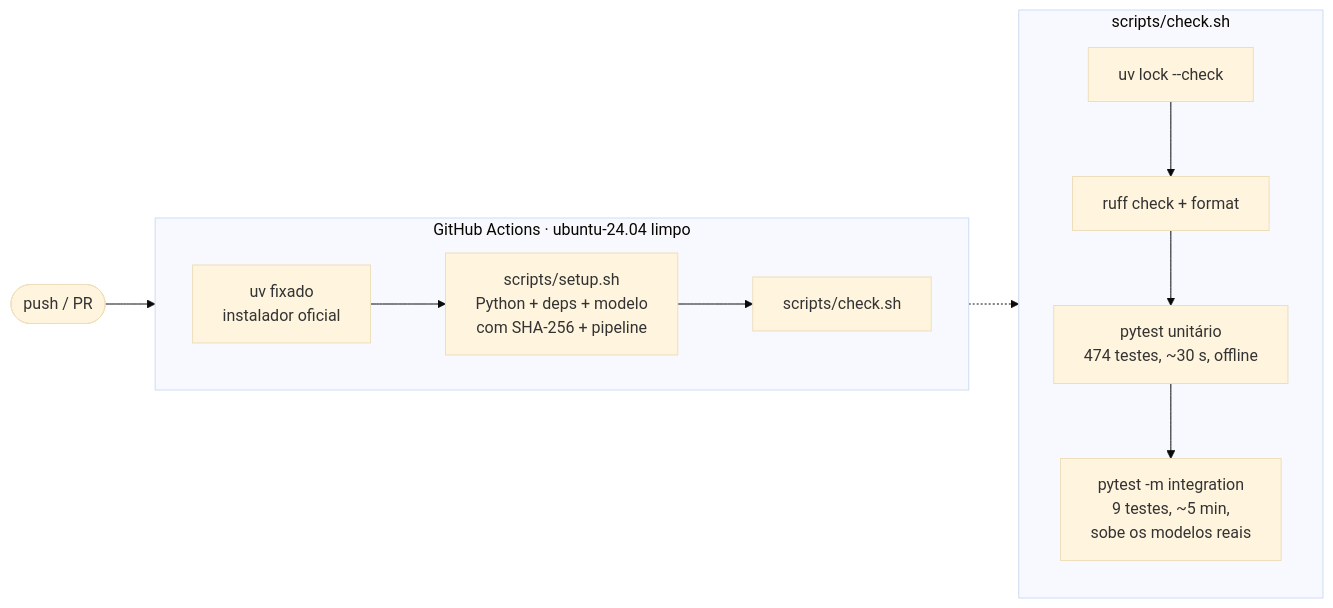
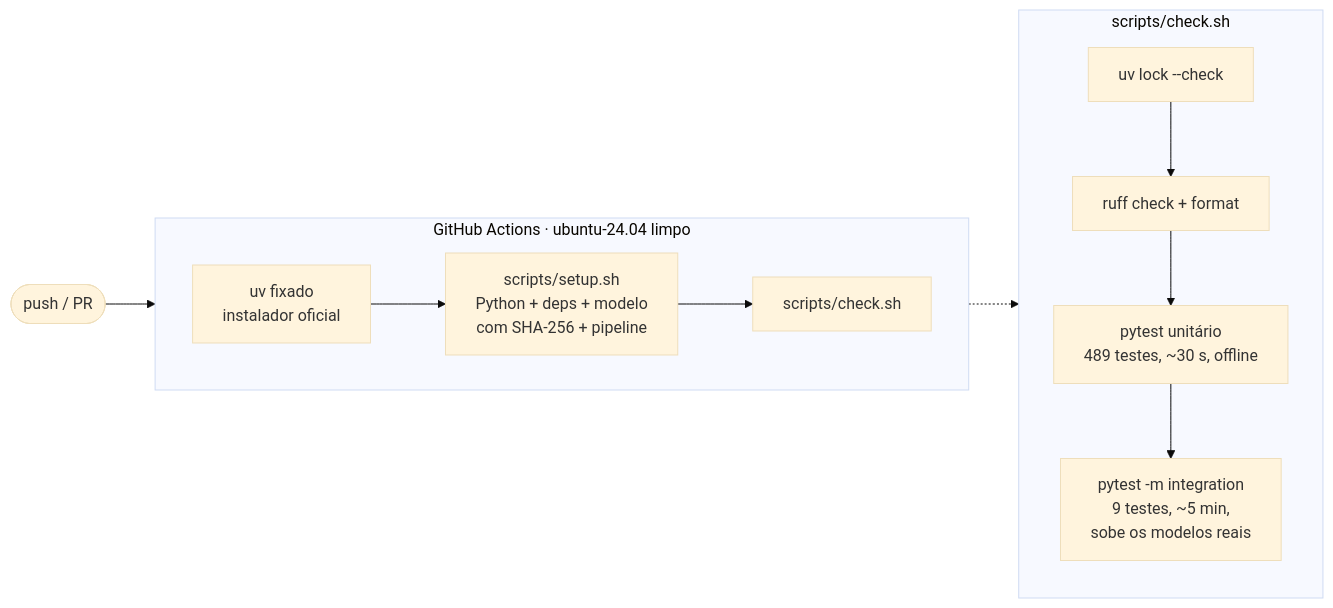
One commit to RonildoSilva/ai-engineer-challenge changed the sixth of 18 diagrams in README.md. Above: the diagram before and after it, drawn with Mermaid (base theme). The commit also changed other lines of this file and 11 other files, not shown here.

````diff
--- a/README.md
+++ b/README.md
@@ -239,15 +256,15 @@
 ```mermaid
 flowchart LR
     P([push / PR]) --> CI
     subgraph CI[GitHub Actions · ubuntu-24.04 limpo]
         direction LR
         U[uv fixado<br/>instalador oficial] --> S[scripts/setup.sh<br/>Python + deps + modelo<br/>com SHA-256 + pipeline] --> K[scripts/check.sh]
     end
     subgraph K2[scripts/check.sh]
         direction TB
         L1[uv lock --check] --> L2[ruff check + format]
-        L2 --> L3[pytest unitário<br/>474 testes, ~30 s, offline]
+        L2 --> L3[pytest unitário<br/>489 testes, ~30 s, offline]
         L3 --> L4[pytest -m integration<br/>9 testes, ~5 min,<br/>sobe os modelos reais]
     end
     K -.-> K2
 ```
````
